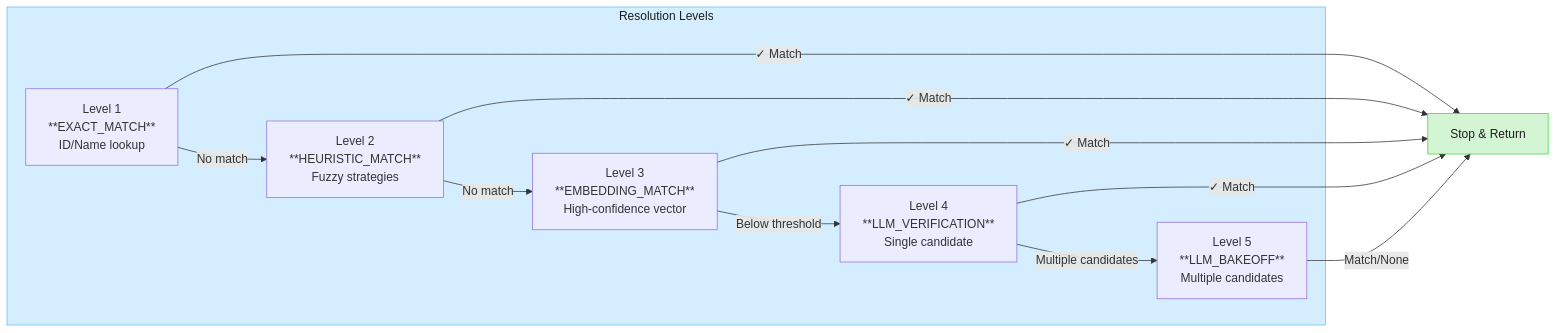
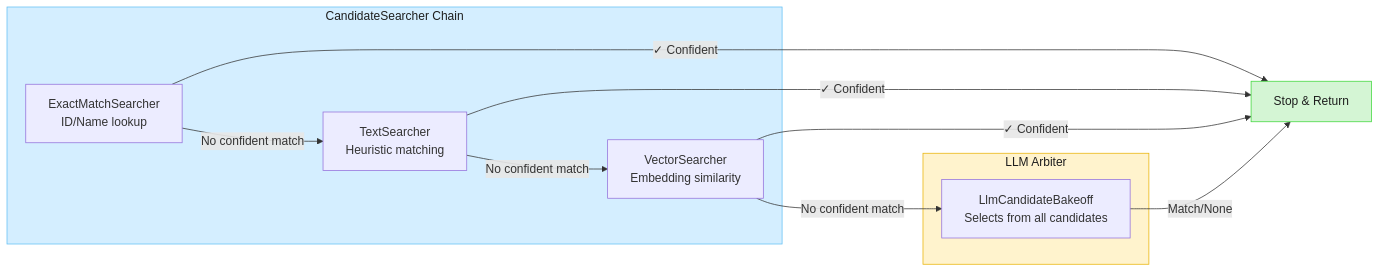
Before and after one commit to embabel/dice: the fifth of 11 diagrams in README.md, drawn with Mermaid. The commit also changed other lines of this file and 9 other files, not shown here.

Commit message:
Move to CandidateSearcher

````diff
--- a/README.md
+++ b/README.md
@@ -378,24 +414,25 @@
 ```mermaid
 flowchart LR
-    subgraph Levels["Resolution Levels"]
-        L1["Level 1<br/>**EXACT_MATCH**<br/>ID/Name lookup"]
-        L2["Level 2<br/>**HEURISTIC_MATCH**<br/>Fuzzy strategies"]
-        L3["Level 3<br/>**EMBEDDING_MATCH**<br/>High-confidence vector"]
-        L4["Level 4<br/>**LLM_VERIFICATION**<br/>Single candidate"]
-        L5["Level 5<br/>**LLM_BAKEOFF**<br/>Multiple candidates"]
+    subgraph Searchers["CandidateSearcher Chain"]
+        S1["ExactMatchSearcher<br/>ID/Name lookup"]
+        S2["TextSearcher<br/>Heuristic matching"]
+        S3["VectorSearcher<br/>Embedding similarity"]
     end
 
-    L1 -->|"No match"| L2
-    L2 -->|"No match"| L3
-    L3 -->|"Below threshold"| L4
-    L4 -->|"Multiple candidates"| L5
+    subgraph Arbiter["LLM Arbiter"]
+        LLM["LlmCandidateBakeoff<br/>Selects from all candidates"]
+    end
 
-    L1 -->|"✓ Match"| Done["Stop & Return"]
-    L2 -->|"✓ Match"| Done
-    L3 -->|"✓ Match"| Done
-    L4 -->|"✓ Match"| Done
-    L5 -->|"Match/None"| Done
+    S1 -->|"No confident match"| S2
+    S2 -->|"No confident match"| S3
+    S3 -->|"No confident match"| LLM
 
-    style Levels fill:#d4eeff,stroke:#63c0f5,color:#1e1e1e
+    S1 -->|"✓ Confident"| Done["Stop & Return"]
+    S2 -->|"✓ Confident"| Done
+    S3 -->|"✓ Confident"| Done
+    LLM -->|"Match/None"| Done
+
+    style Searchers fill:#d4eeff,stroke:#63c0f5,color:#1e1e1e
+    style Arbiter fill:#fff3cd,stroke:#e9b306,color:#1e1e1e
     style Done fill:#d4f5d4,stroke:#3fd73c,color:#1e1e1e
 ```
````
